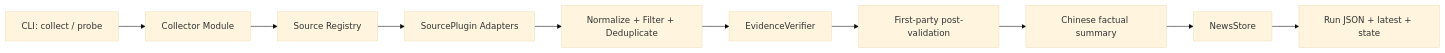
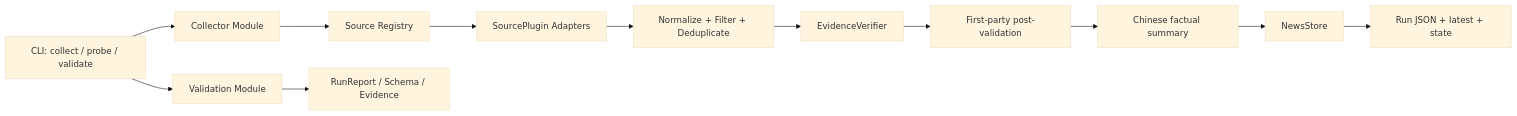
The diagram in docs/architecture/system-architecture.md (EdgarLQS/mynews), drawn with Mermaid (base theme) before and after one commit. The commit also changed other lines of this file and 12 other files, not shown here.

````diff
--- a/docs/architecture/system-architecture.md
+++ b/docs/architecture/system-architecture.md
@@ -24,12 +24,14 @@
 ```mermaid
 flowchart LR
-    CLI["CLI: collect / probe"] --> COL["Collector Module"]
+    CLI["CLI: collect / probe / validate"] --> COL["Collector Module"]
+    CLI --> VAL["Validation Module"]
     COL --> REG["Source Registry"]
     REG --> SRC["SourcePlugin Adapters"]
     SRC --> NOR["Normalize + Filter + Deduplicate"]
     NOR --> VER["EvidenceVerifier"]
     VER --> POST["First-party post-validation"]
     POST --> SUM["Chinese factual summary"]
     SUM --> STORE["NewsStore"]
     STORE --> JSON["Run JSON + latest + state"]
+    VAL --> CONTRACT["RunReport / Schema / Evidence"]
 ```
````
